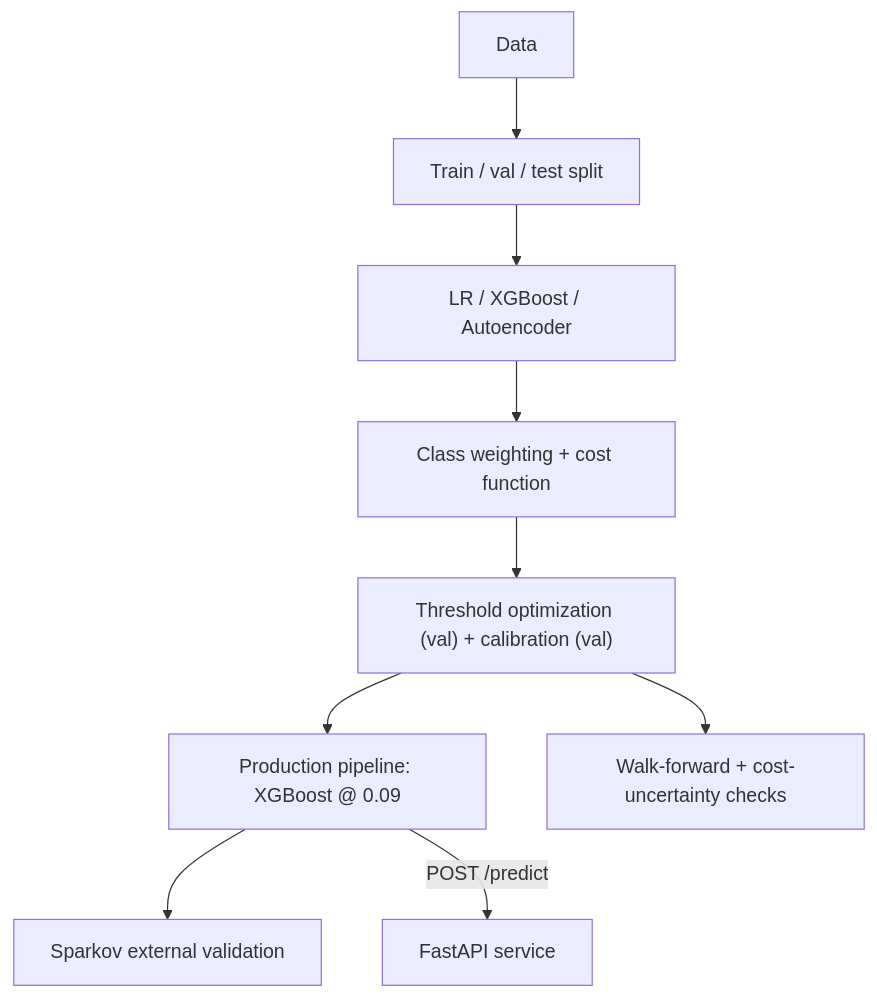
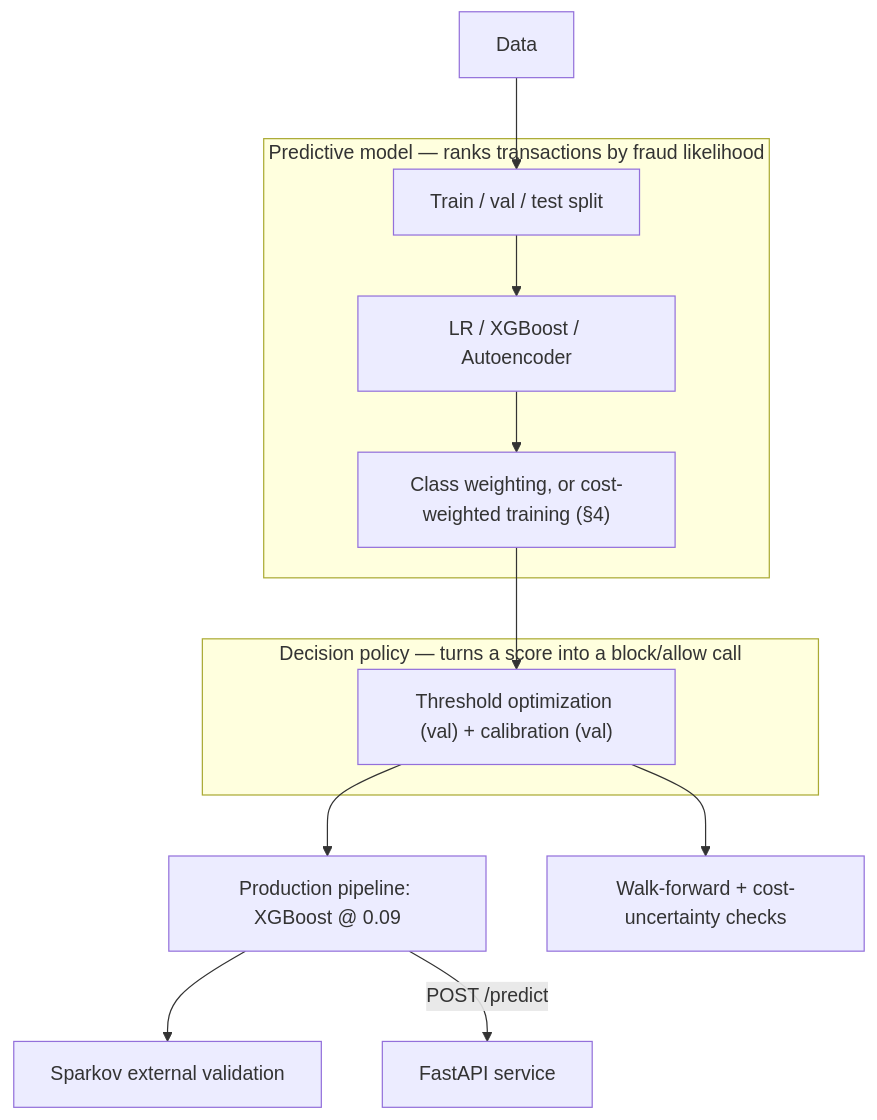
Before and after one commit to Charith-Reddy-Pareddy/Cost-Sensitive-Fraud-Detection-with-Threshold-Optimization: the first of 2 diagrams in README.md, drawn with Mermaid. The commit also changed other lines of this file and 1 other file, not shown here.

Commit message:
Rewrite README opening, clarify model layers

````diff
--- a/README.md
+++ b/README.md
@@ -62,11 +89,15 @@
 ```mermaid
 flowchart TD
     A["Data"] --> B["Train / val / test split"]
-    B --> C["LR / XGBoost / Autoencoder"]
-    C --> D["Class weighting + cost function"]
-    D --> E["Threshold optimization (val) + calibration (val)"]
+    subgraph MODEL["Predictive model — ranks transactions by fraud likelihood"]
+        B --> C["LR / XGBoost / Autoencoder"]
+        C --> D["Class weighting, or cost-weighted training (§4)"]
+    end
+    subgraph POLICY["Decision policy — turns a score into a block/allow call"]
+        D --> E["Threshold optimization (val) + calibration (val)"]
+    end
     E --> F["Production pipeline: XGBoost @ 0.09"]
     E --> G["Walk-forward + cost-uncertainty checks"]
     F --> H["Sparkov external validation"]
     F -->|"POST /predict"| I["FastAPI service"]
 ```
````
